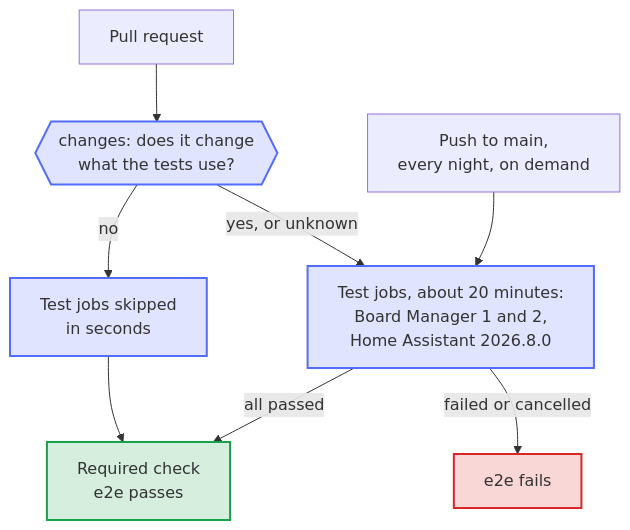
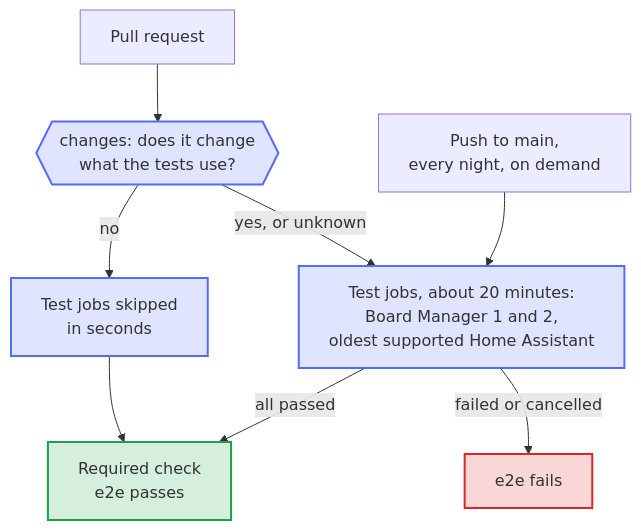
One commit to Dennis-Otto/ha-autodarts changed the diagram in docs/diagrams/e2e-gate.en.mmd. Above: the diagram before and after it, drawn with Mermaid. The commit also changed 7 other files, not shown here.

First line of the commit message:
ci(e2e): run the steps with pipefail and keep the diagram free of the HA version

```diff
--- a/docs/diagrams/e2e-gate.en.mmd
+++ b/docs/diagrams/e2e-gate.en.mmd
@@ -1,23 +1,23 @@
 ---
 config:
   flowchart:
     wrappingWidth: 400
 ---
 flowchart TB
   accTitle: When the end-to-end tests run
   accDescr: A push to main, the nightly run and a manual run always run the test jobs. For a pull request, the job changes asks the API for its files; when the tests use one of them, or the files are unknown, the test jobs run, otherwise they are skipped in seconds. The required check e2e passes when every test job passed or none had to run, and fails when a job failed or was cancelled.
 
   PR["Pull request"] --> CHANGES{{"changes: does it change<br/>what the tests use?"}}
   MAIN["Push to main,<br/>every night, on demand"] --> TESTS
-  CHANGES -- "yes, or unknown" --> TESTS["Test jobs, about 20 minutes:<br/>Board Manager 1 and 2,<br/>Home Assistant 2026.8.0"]
+  CHANGES -- "yes, or unknown" --> TESTS["Test jobs, about 20 minutes:<br/>Board Manager 1 and 2,<br/>oldest supported Home Assistant"]
   CHANGES -- "no" --> SKIPPED["Test jobs skipped<br/>in seconds"]
   TESTS -- "all passed" --> PASS["Required check<br/>e2e passes"]
   SKIPPED --> PASS
   TESTS -- "failed or cancelled" --> FAIL["e2e fails"]
 
   classDef bot fill:#526cfe2e,stroke:#526cfe,stroke-width:2px
   classDef done fill:#16a34a2e,stroke:#16a34a,stroke-width:2px
   classDef failed fill:#dc26262e,stroke:#dc2626,stroke-width:2px
   class CHANGES,TESTS,SKIPPED bot
   class PASS done
   class FAIL failed
```
